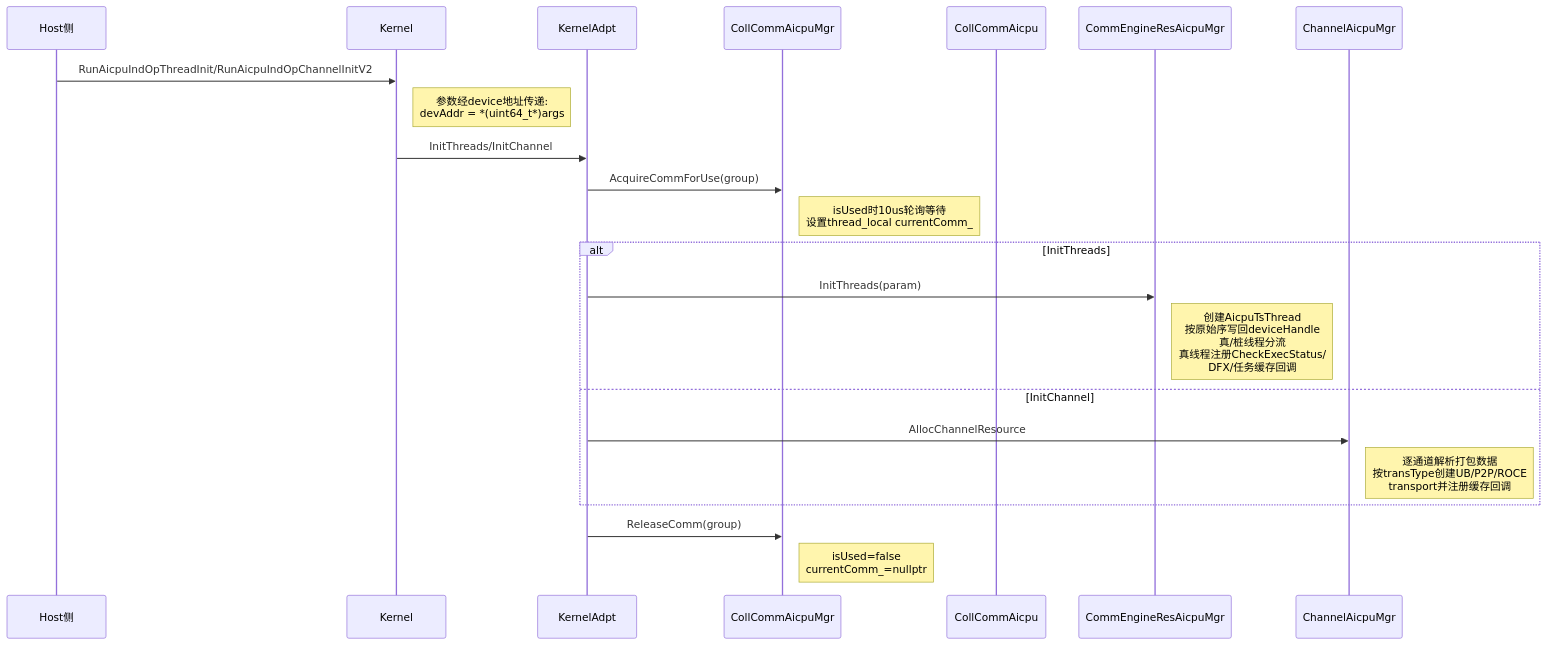
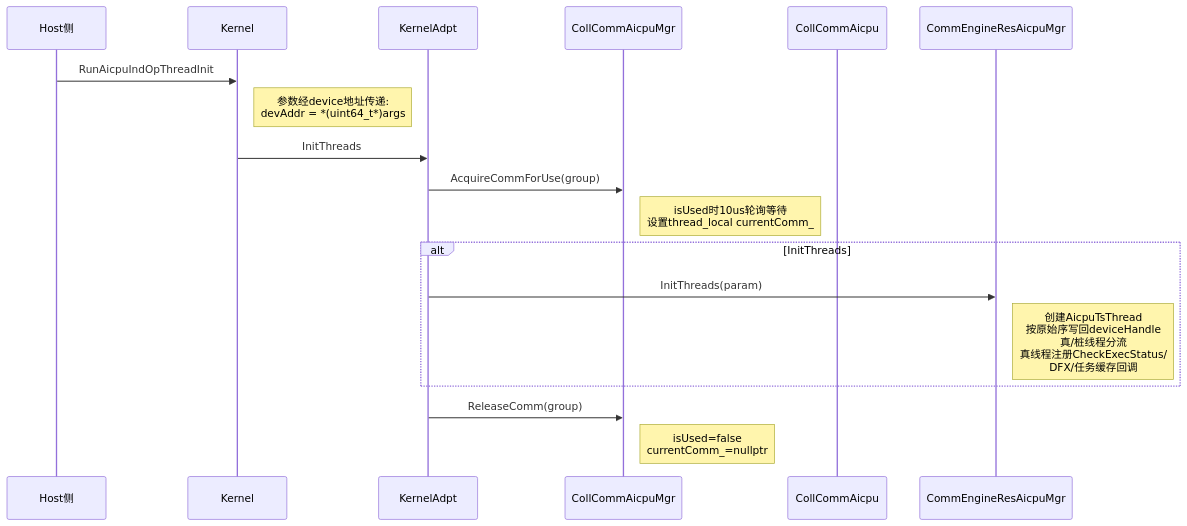
Before and after one commit to Atlas-Ascend-Fork/hcomm: the fifth of 12 diagrams in src/coll_communicator_mgr/communicator/communicator.md, drawn with Mermaid. The commit also changed other lines of this file and 4 other files, not shown here.

````diff
--- a/src/coll_communicator_mgr/communicator/communicator.md
+++ b/src/coll_communicator_mgr/communicator/communicator.md
@@ -264,28 +260,24 @@
 ```mermaid
 sequenceDiagram
     participant Host侧
     participant Kernel
     participant KernelAdpt
     participant CollCommAicpuMgr
     participant CollCommAicpu
     participant CommEngineResAicpuMgr
-    participant ChannelAicpuMgr
 
-    Host侧->>Kernel: RunAicpuIndOpThreadInit/RunAicpuIndOpChannelInitV2
+    Host侧->>Kernel: RunAicpuIndOpThreadInit
     Note right of Kernel: 参数经device地址传递:<br/>devAddr = *(uint64_t*)args
 
-    Kernel->>KernelAdpt: InitThreads/InitChannel
+    Kernel->>KernelAdpt: InitThreads
     KernelAdpt->>CollCommAicpuMgr: AcquireCommForUse(group)
     Note right of CollCommAicpuMgr: isUsed时10us轮询等待<br/>设置thread_local currentComm_
 
     alt InitThreads
         KernelAdpt->>CommEngineResAicpuMgr: InitThreads(param)
         Note right of CommEngineResAicpuMgr: 创建AicpuTsThread<br/>按原始序写回deviceHandle<br/>真/桩线程分流<br/>真线程注册CheckExecStatus/<br/>DFX/任务缓存回调
-    else InitChannel
-        KernelAdpt->>ChannelAicpuMgr: AllocChannelResource
-        Note right of ChannelAicpuMgr: 逐通道解析打包数据<br/>按transType创建UB/P2P/ROCE<br/>transport并注册缓存回调
     end
 
     KernelAdpt->>CollCommAicpuMgr: ReleaseComm(group)
     Note right of CollCommAicpuMgr: isUsed=false<br/>currentComm_=nullptr
 ```
````
